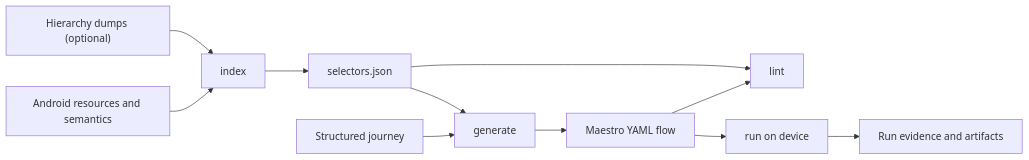
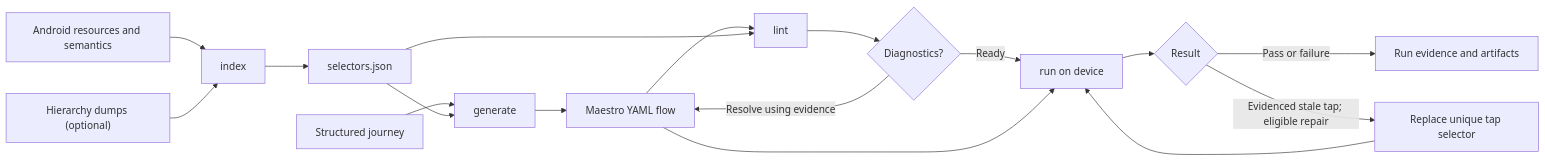
One commit to fridaysundaymood/maestro-flow changed the diagram in README.md. Above: the diagram before and after it, drawn with Mermaid.

Commit message:
Add diagrams to README

````diff
--- a/README.md
+++ b/README.md
@@ -36,13 +36,19 @@
 ```mermaid
 flowchart LR
     Resources["Android resources and semantics"] --> Index["index"]
     Hierarchy["Hierarchy dumps (optional)"] --> Index
     Index --> Selectors["selectors.json"]
     Journey["Structured journey"] --> Generate["generate"]
     Selectors --> Generate
     Generate --> Flow["Maestro YAML flow"]
     Flow --> Lint["lint"]
     Selectors --> Lint
-    Flow --> Run["run on device"]
-    Run --> Evidence["Run evidence and artifacts"]
+    Lint --> Review{"Diagnostics?"}
+    Review -->|Resolve using evidence| Flow
+    Review -->|Ready| Run["run on device"]
+    Flow --> Run
+    Run --> Outcome{"Result"}
+    Outcome -->|Pass or failure| Evidence["Run evidence and artifacts"]
+    Outcome -->|Evidenced stale tap; eligible repair| Repair["Replace unique tap selector"]
+    Repair --> Run
 ```
````
